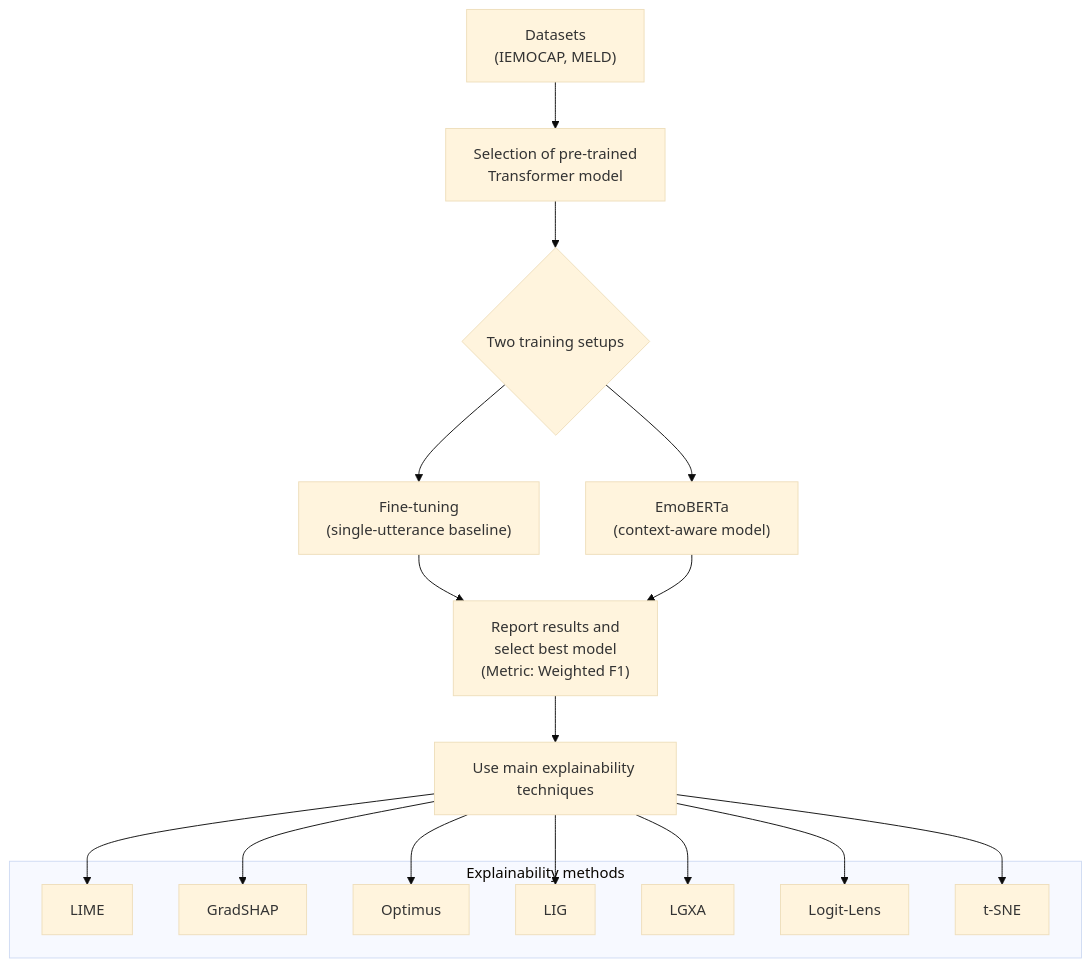
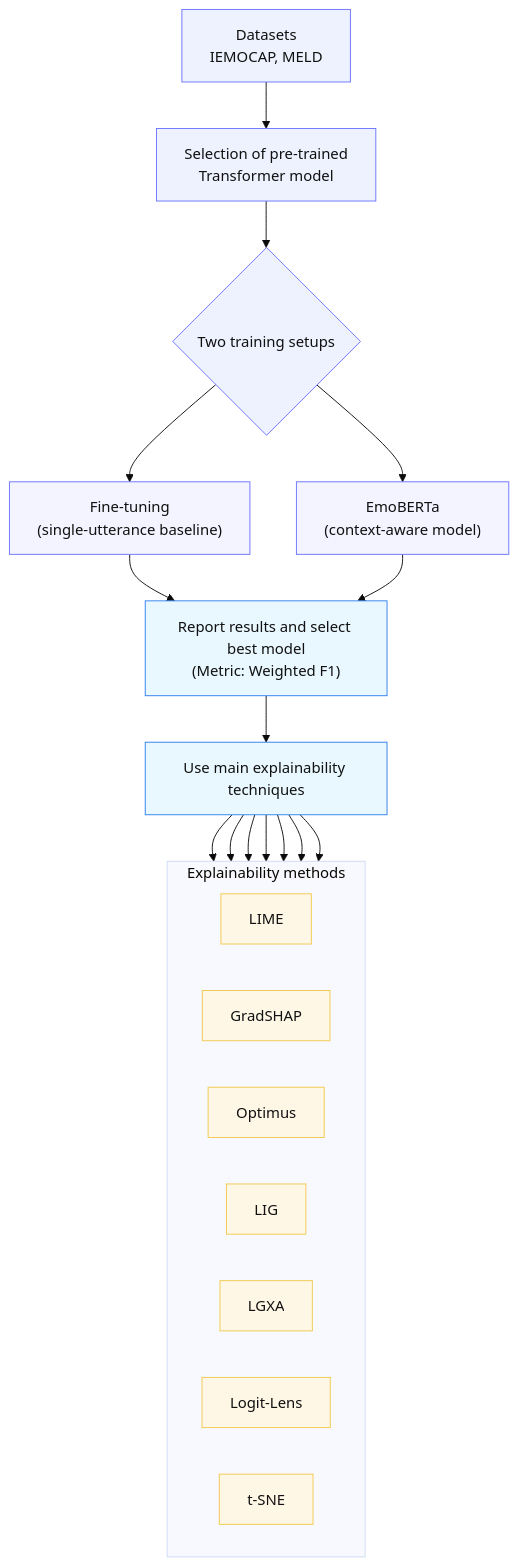
Before and after one commit to teokon/erc-using-llms-and-explainabillity-methods-: the diagram in README.md, drawn with Mermaid (base theme).

````diff
--- a/README.md
+++ b/README.md
@@ -5,33 +5,39 @@
 ```mermaid
 flowchart TB
-  A["Datasets\n(IEMOCAP, MELD)"] --> B["Selection of pre-trained\nTransformer model"]
-  B --> C{"Two training setups"}
+  A["Datasets<br/>IEMOCAP, MELD"]:::top --> B["Selection of pre-trained<br/>Transformer model"]:::top
+  B --> C{"Two training setups"}:::decision
 
-  C --> D["Fine-tuning\n(single-utterance baseline)"]
-  C --> E["EmoBERTa\n(context-aware model)"]
+  C --> D["Fine-tuning<br/>(single-utterance baseline)"]:::train
+  C --> E["EmoBERTa<br/>(context-aware model)"]:::train
 
-  D --> F["Report results and\nselect best model\n(Metric: Weighted F1)"]
+  D --> F["Report results and select best model<br/>(Metric: Weighted F1)"]:::eval
   E --> F
 
-  F --> G["Use main explainability techniques"]
+  F --> G["Use main explainability techniques"]:::eval
 
   subgraph X["Explainability methods"]
-    X1["LIME"]
-    X2["GradSHAP"]
-    X3["Optimus"]
-    X4["LIG"]
-    X5["LGXA"]
-    X6["Logit-Lens"]
-    X7["t-SNE"]
+    direction LR
+    X1["LIME"]:::xai
+    X2["GradSHAP"]:::xai
+    X3["Optimus"]:::xai
+    X4["LIG"]:::xai
+    X5["LGXA"]:::xai
+    X6["Logit-Lens"]:::xai
+    X7["t-SNE"]:::xai
   end
 
   G --> X1
   G --> X2
   G --> X3
   G --> X4
   G --> X5
   G --> X6
   G --> X7
 
+  classDef top fill:#eef2ff,stroke:#6b73ff,stroke-width:1px,color:#111;
+  classDef decision fill:#eef2ff,stroke:#6b73ff,stroke-width:1px,color:#111;
+  classDef train fill:#f3f4ff,stroke:#6b73ff,stroke-width:1px,color:#111;
+  classDef eval fill:#e9f7ff,stroke:#2f80ed,stroke-width:1px,color:#111;
+  classDef xai fill:#fff7e6,stroke:#f2c94c,stroke-width:1px,color:#111;
 
 ```
````
